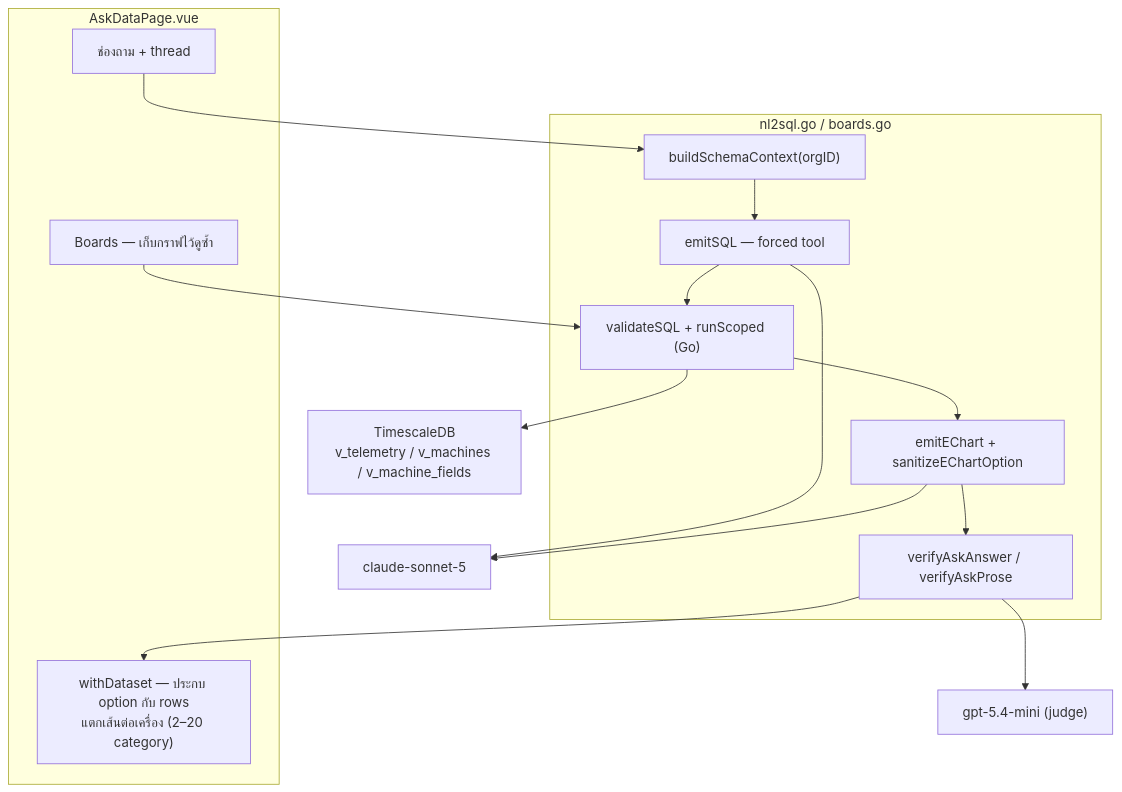
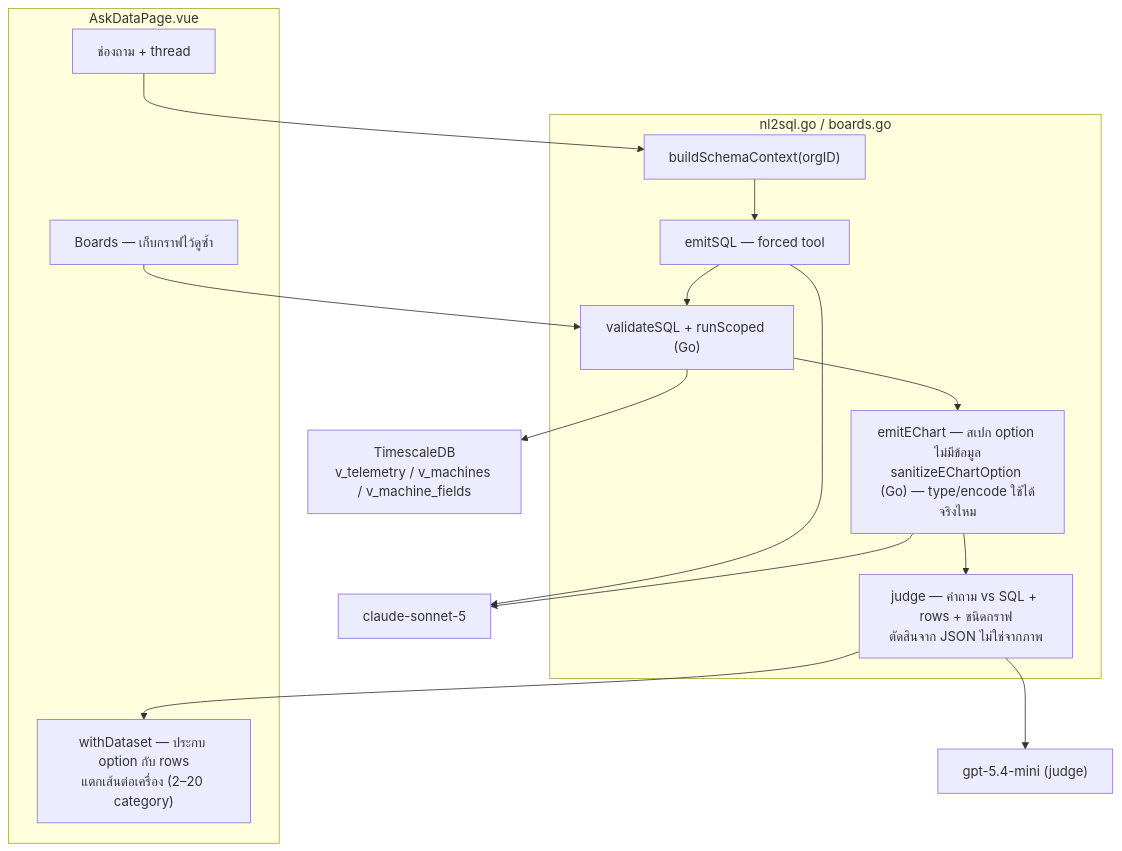
Before and after one commit to pepegummo/Project-Dashboard: the eighth of 13 diagrams in docs/ai-slides.md, drawn with Mermaid. The commit also changed 13 other files, not shown here.

First line of the commit message:
feat(ask): auto chart analysis + suggested follow-up, slow-provider fixes

````diff
--- a/docs/ai-slides.md
+++ b/docs/ai-slides.md
@@ -308,25 +308,25 @@
 ```mermaid
 flowchart TB
   subgraph FE["AskDataPage.vue"]
     Q["ช่องถาม + thread"]
     W["withDataset — ประกบ option กับ rows<br/>แตกเส้นต่อเครื่อง (2–20 category)"]
     B["Boards — เก็บกราฟไว้ดูซ้ำ"]
   end
   subgraph BE["nl2sql.go / boards.go"]
     S["buildSchemaContext(orgID)"]
     E["emitSQL — forced tool"]
     V["validateSQL + runScoped (Go)"]
-    C["emitEChart + sanitizeEChartOption"]
-    J["verifyAskAnswer / verifyAskProse"]
+    C["emitEChart — สเปก option ไม่มีข้อมูล<br/>sanitizeEChartOption (Go) — type/encode ใช้ได้จริงไหม"]
+    J["judge — คำถาม vs SQL + rows + ชนิดกราฟ<br/>ตัดสินจาก JSON ไม่ใช่จากภาพ"]
   end
   Gen["claude-sonnet-5"]
   Small["gpt-5.4-mini (judge)"]
   DB["TimescaleDB<br/>v_telemetry / v_machines / v_machine_fields"]
 
   Q --> S --> E --> Gen
   E --> V --> DB
   V --> C --> Gen
   C --> J --> Small
   J --> W
   B --> V
 ```
````
